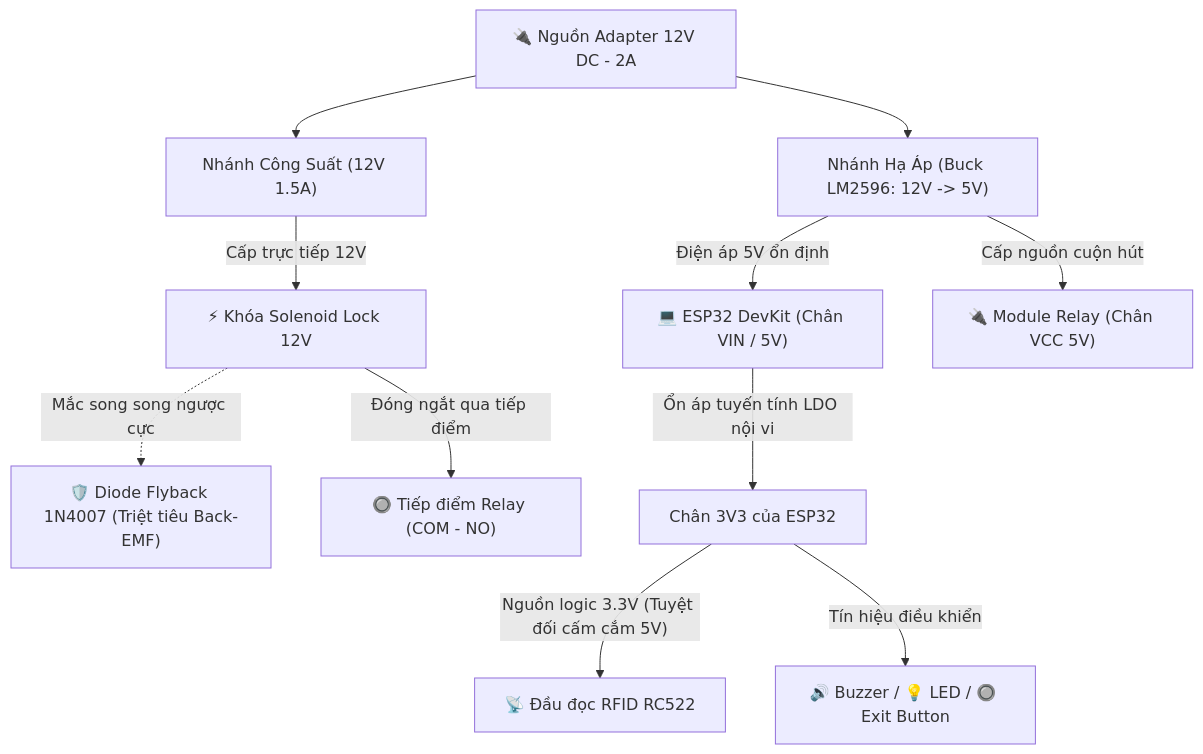
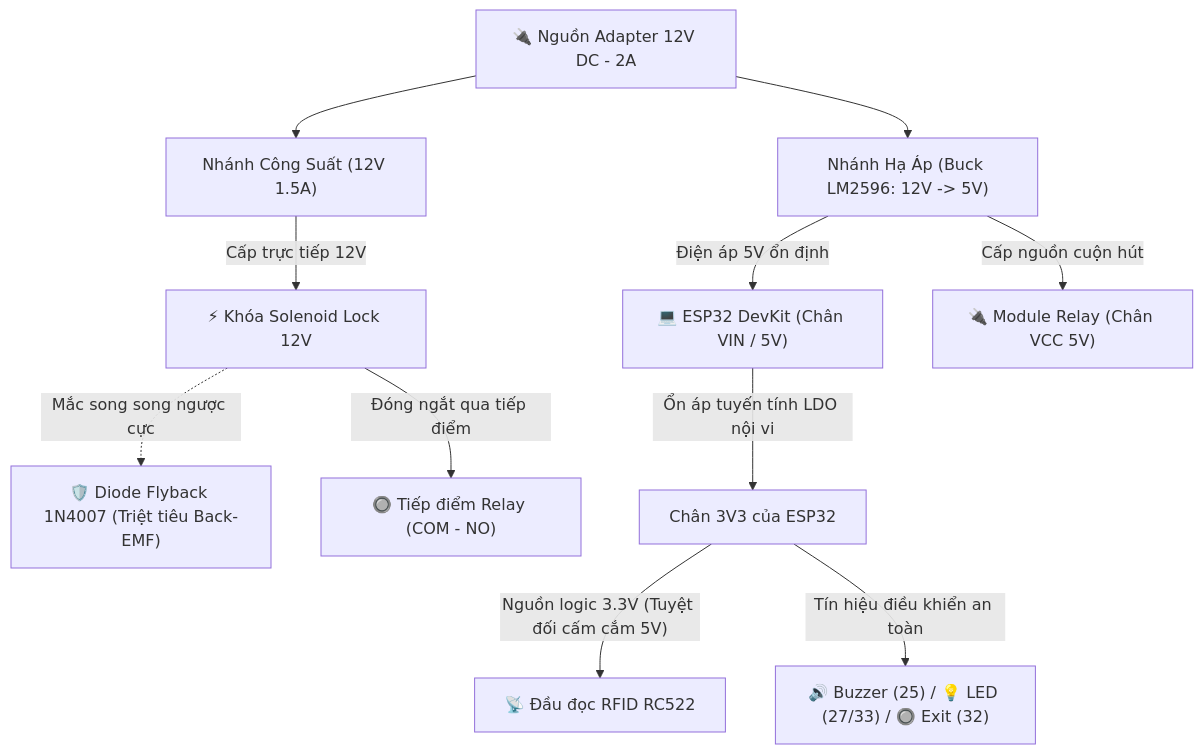
The first of 6 diagrams in docs/SO_DO_KY_THUAT_VA_LY_THUYET.md (NguyenHoangUy1305/iot-rfid-access-control), drawn with Mermaid before and after one commit. The commit also changed other lines of this file and 2 other files, not shown here.

Commit message:
docs: finalize Project 1 technical roadmap and schematics with safe GPIO pinout and 11-week MVP scope

````diff
--- a/docs/SO_DO_KY_THUAT_VA_LY_THUYET.md
+++ b/docs/SO_DO_KY_THUAT_VA_LY_THUYET.md
@@ -323,16 +208,16 @@
 ```mermaid
 graph TD
     Adapter["🔌 Nguồn Adapter 12V DC - 2A"] --> Branch1["Nhánh Công Suất (12V 1.5A)"]
     Adapter --> Branch2["Nhánh Hạ Áp (Buck LM2596: 12V -> 5V)"]
 
     Branch1 -->|"Cấp trực tiếp 12V"| Lock["⚡ Khóa Solenoid Lock 12V"]
     Lock -.->|"Mắc song song ngược cực"| Diode["🛡️ Diode Flyback 1N4007 (Triệt tiêu Back-EMF)"]
     Lock -->|"Đóng ngắt qua tiếp điểm"| RelayContact["🔘 Tiếp điểm Relay (COM - NO)"]
 
     Branch2 -->|"Điện áp 5V ổn định"| ESP32_VIN["💻 ESP32 DevKit (Chân VIN / 5V)"]
     Branch2 -->|"Cấp nguồn cuộn hút"| Relay_VCC["🔌 Module Relay (Chân VCC 5V)"]
 
     ESP32_VIN -->|"Ổn áp tuyến tính LDO nội vi"| V33["Chân 3V3 của ESP32"]
     V33 -->|"Nguồn logic 3.3V (Tuyệt đối cấm cắm 5V)"| RC522["📡 Đầu đọc RFID RC522"]
-    V33 -->|"Tín hiệu điều khiển"| Peripherals["🔊 Buzzer / 💡 LED / 🔘 Exit Button"]
+    V33 -->|"Tín hiệu điều khiển an toàn"| Peripherals["🔊 Buzzer (25) / 💡 LED (27/33) / 🔘 Exit (32)"]
 ```
````
